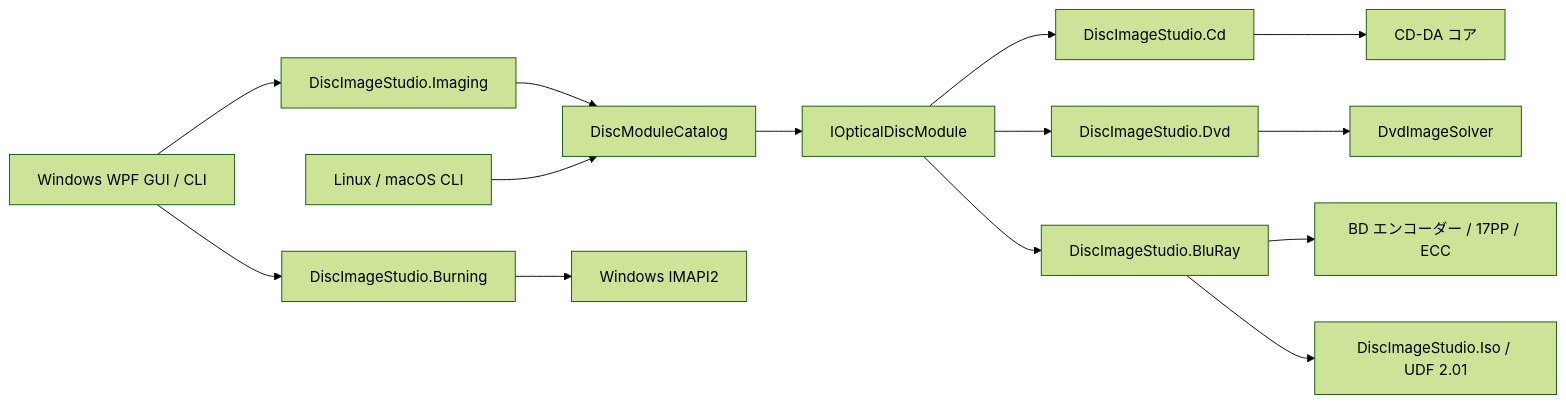
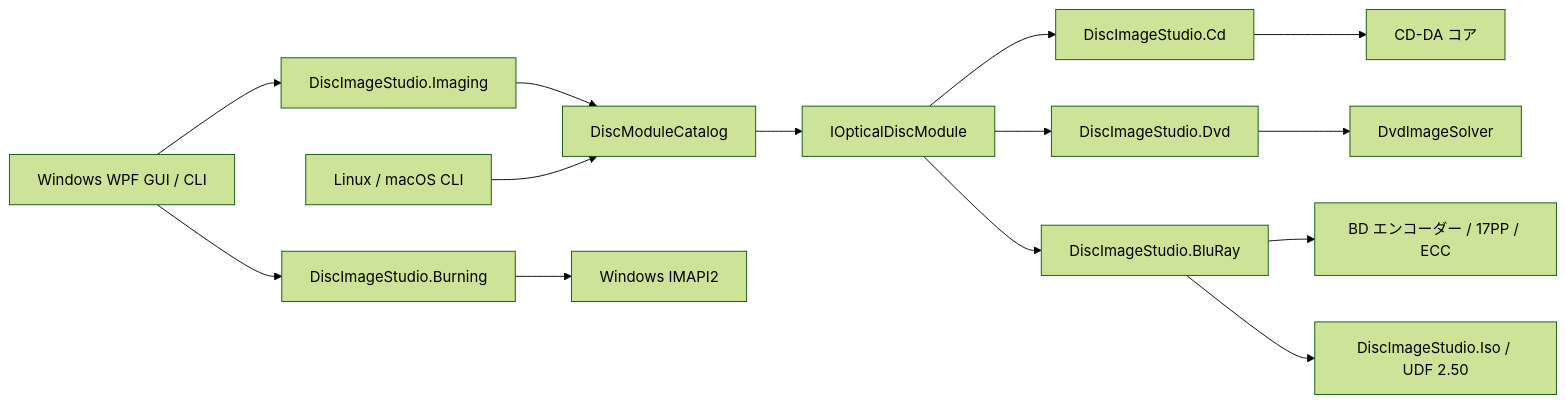
One commit to 0xfed/DiscImageStudio changed the diagram in docs/ARCHITECTURE.ja.md. Above: the diagram before and after it, drawn with Mermaid (forest theme). The commit also changed other lines of this file and 58 other files, not shown here.

````diff
--- a/docs/ARCHITECTURE.ja.md
+++ b/docs/ARCHITECTURE.ja.md
@@ -9,16 +9,16 @@
 ```mermaid
 flowchart LR
     GUI[Windows WPF GUI / CLI] --> Imaging[DiscImageStudio.Imaging]
     Imaging --> Catalog[DiscModuleCatalog]
     CLI[Linux / macOS CLI] --> Catalog
     GUI --> Burning[DiscImageStudio.Burning]
     Burning --> IMAPI[Windows IMAPI2]
     Catalog --> Contract[IOpticalDiscModule]
     Contract --> CD[DiscImageStudio.Cd]
     Contract --> DVD[DiscImageStudio.Dvd]
     Contract --> BD[DiscImageStudio.BluRay]
     DVD --> Engine[DvdImageSolver]
     CD --> CdEngine[CD-DA コア]
     BD --> BdEngine[BD エンコーダー / 17PP / ECC]
-    BD --> Iso[DiscImageStudio.Iso / UDF 2.01]
+    BD --> Iso[DiscImageStudio.Iso / UDF 2.50]
 ```
````
